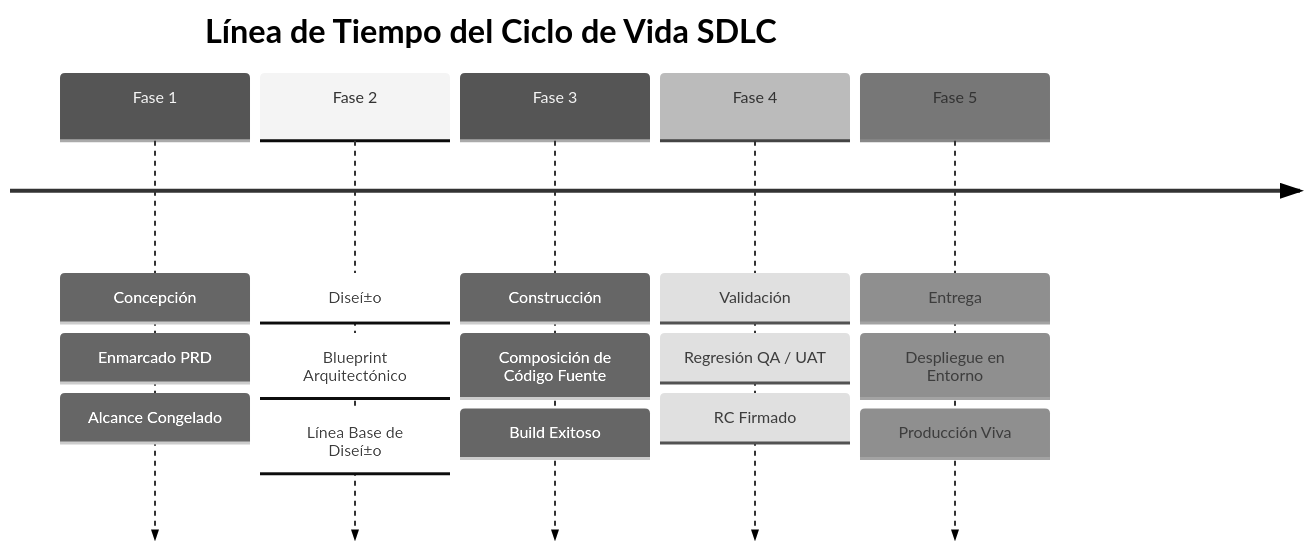
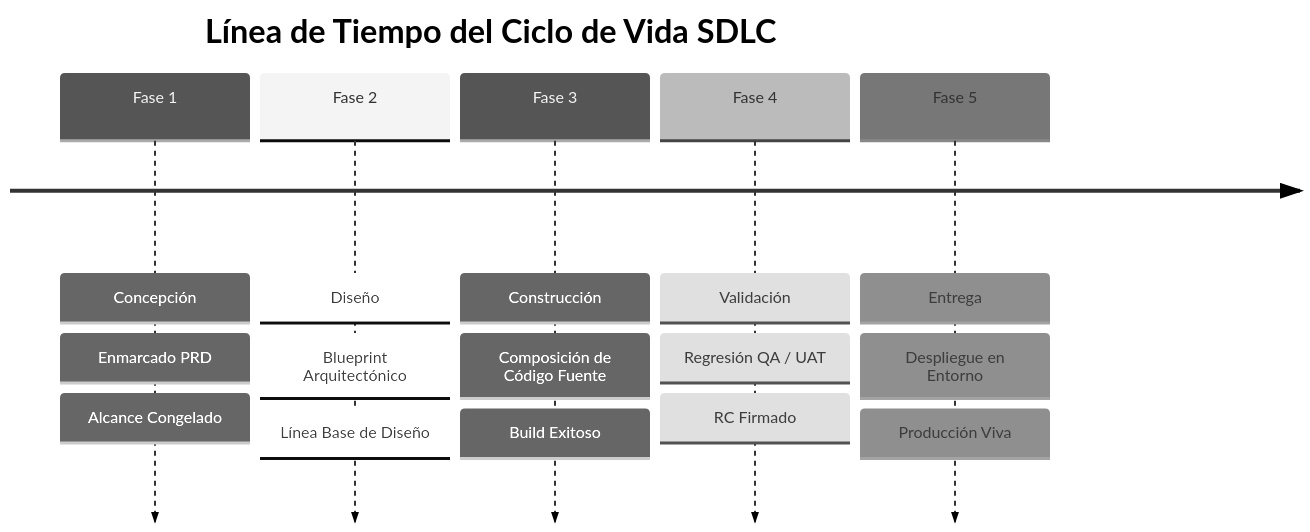
One commit to beyondnetcode/arc32_progresive_monolith changed the first of 2 diagrams in governance/sdlc-es/02-engineering/construction-focused-sdlc-framework.md. Above: the diagram before and after it, drawn with Mermaid (neutral theme). The commit also changed other lines of this file and 328 other files, not shown here.

Commit message:
chore: update and synchronize governance, architecture, and SDLC documentation across multiple languages

````diff
--- a/governance/sdlc-es/02-engineering/construction-focused-sdlc-framework.md
+++ b/governance/sdlc-es/02-engineering/construction-focused-sdlc-framework.md
@@ -20,9 +20,9 @@
 ```mermaid
 timeline
-    title Lí­nea de Tiempo del Ciclo de Vida SDLC
-    Fase 1: Concepción : Enmarcado PRD : Alcance Congelado
-    Fase 2: Diseí±o : Blueprint Arquitectónico : Lí­nea Base de Diseí±o
-    Fase 3: Construcción : Composición de Código Fuente : Build Exitoso
-    Fase 4: Validación : Regresión QA / UAT : RC Firmado
-    Fase 5: Entrega : Despliegue en Entorno : Producción Viva
+ title Línea de Tiempo del Ciclo de Vida SDLC
+ Fase 1: Concepción : Enmarcado PRD : Alcance Congelado
+ Fase 2: Diseño : Blueprint Arquitectónico : Línea Base de Diseño
+ Fase 3: Construcción : Composición de Código Fuente : Build Exitoso
+ Fase 4: Validación : Regresión QA / UAT : RC Firmado
+ Fase 5: Entrega : Despliegue en Entorno : Producción Viva
 ```
````
